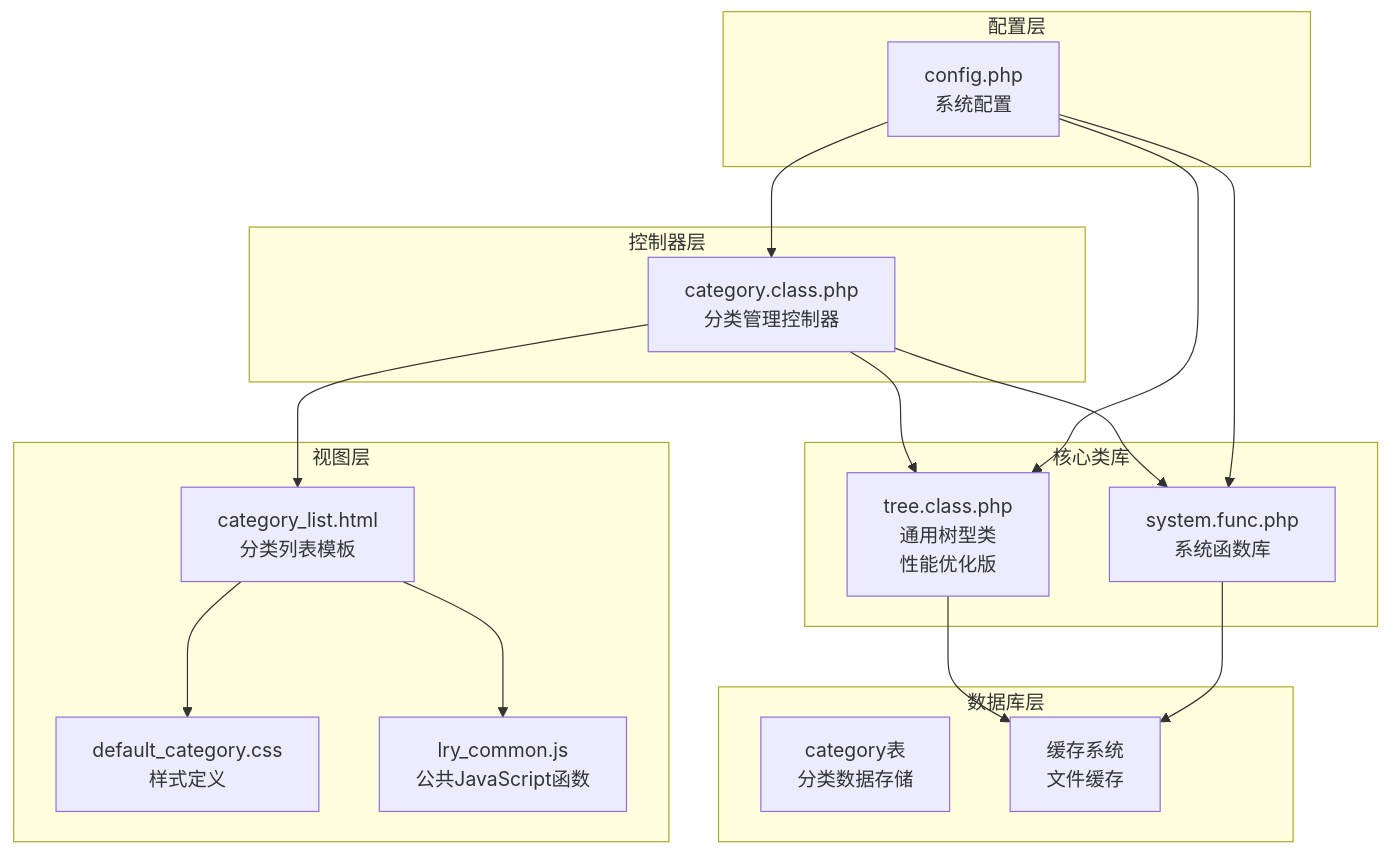
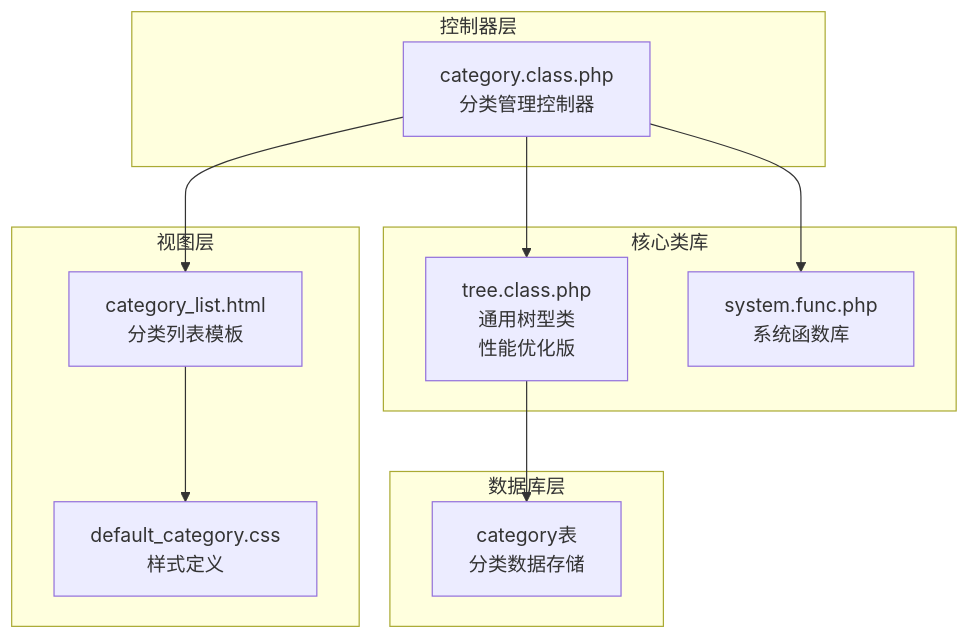
Before and after one commit to lirongyaoper/lryblog.com: the first of 11 diagrams in .qoder/repowiki/zh/content/后台管理模块/分类管理/分类树形结构管理.md, drawn with Mermaid. The commit also changed other lines of this file and 13 other files, not shown here.

````diff
--- a/.qoder/repowiki/zh/content/后台管理模块/分类管理/分类树形结构管理.md
+++ b/.qoder/repowiki/zh/content/后台管理模块/分类管理/分类树形结构管理.md
@@ -43,32 +40,22 @@
 ```mermaid
 graph TB
 subgraph "控制器层"
 A[category.class.php<br/>分类管理控制器]
 end
 subgraph "视图层"
 B[category_list.html<br/>分类列表模板]
 C[default_category.css<br/>样式定义]
-D[lry_common.js<br/>公共JavaScript函数]
 end
 subgraph "核心类库"
-E[tree.class.php<br/>通用树型类<br/>性能优化版]
-F[system.func.php<br/>系统函数库]
-end
-subgraph "配置层"
-G[config.php<br/>系统配置]
+D[tree.class.php<br/>通用树型类<br/>性能优化版]
+E[system.func.php<br/>系统函数库]
 end
 subgraph "数据库层"
-H[category表<br/>分类数据存储]
-I[缓存系统<br/>文件缓存]
+F[category表<br/>分类数据存储]
 end
 A --> B
+A --> D
 A --> E
-A --> F
+D --> F
 B --> C
-B --> D
-E --> I
-F --> I
-G --> A
-G --> E
-G --> F
 ```
````
